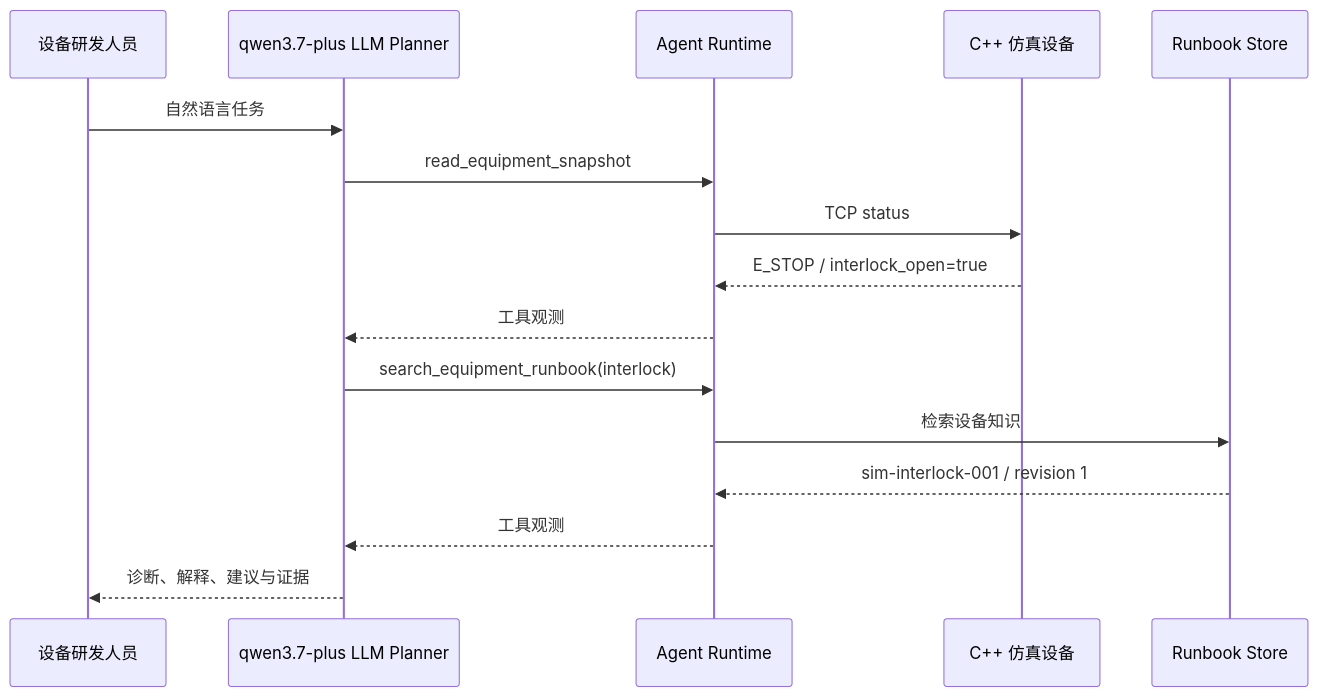
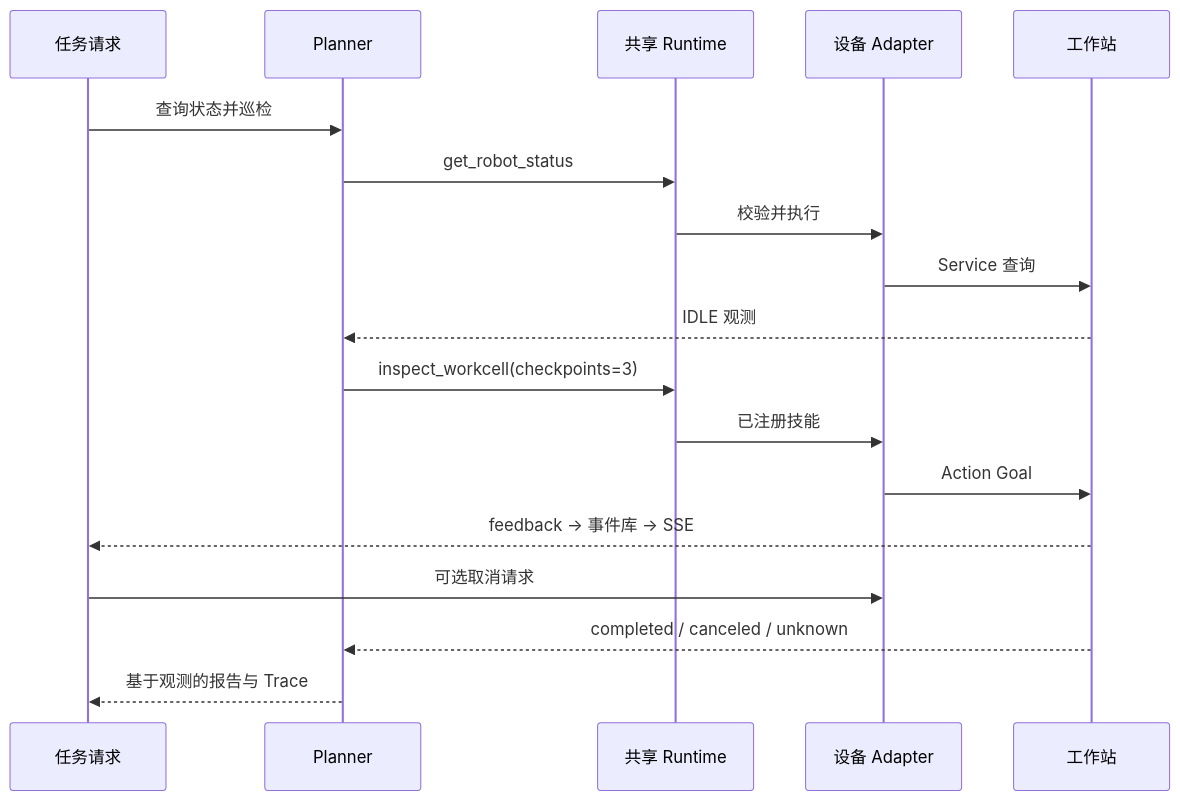
The diagram in README.md (KristenYue/telecom-network-incident-agent), drawn with Mermaid before and after one commit. The commit also changed other lines of this file and 14 other files, not shown here.

Commit message:
docs: present engineering architecture and verified project evidence

````diff
--- a/README.md
+++ b/README.md
@@ -44,18 +40,20 @@
 ```mermaid
 sequenceDiagram
-    participant U as 设备研发人员
-    participant L as qwen3.7-plus LLM Planner
-    participant R as Agent Runtime
-    participant D as C++ 仿真设备
-    participant K as Runbook Store
-    U->>L: 自然语言任务
-    L->>R: read_equipment_snapshot
-    R->>D: TCP status
-    D-->>R: E_STOP / interlock_open=true
-    R-->>L: 工具观测
-    L->>R: search_equipment_runbook(interlock)
-    R->>K: 检索设备知识
-    K-->>R: sim-interlock-001 / revision 1
-    R-->>L: 工具观测
-    L-->>U: 诊断、解释、建议与证据
+    participant U as 任务请求
+    participant P as Planner
+    participant R as 共享 Runtime
+    participant A as 设备 Adapter
+    participant D as 工作站
+    U->>P: 查询状态并巡检
+    P->>R: get_robot_status
+    R->>A: 校验并执行
+    A->>D: Service 查询
+    D-->>P: IDLE 观测
+    P->>R: inspect_workcell(checkpoints=3)
+    R->>A: 已注册技能
+    A->>D: Action Goal
+    D-->>U: feedback → 事件库 → SSE
+    U->>A: 可选取消请求
+    D-->>P: completed / canceled / unknown
+    P-->>U: 基于观测的报告与 Trace
 ```
````
